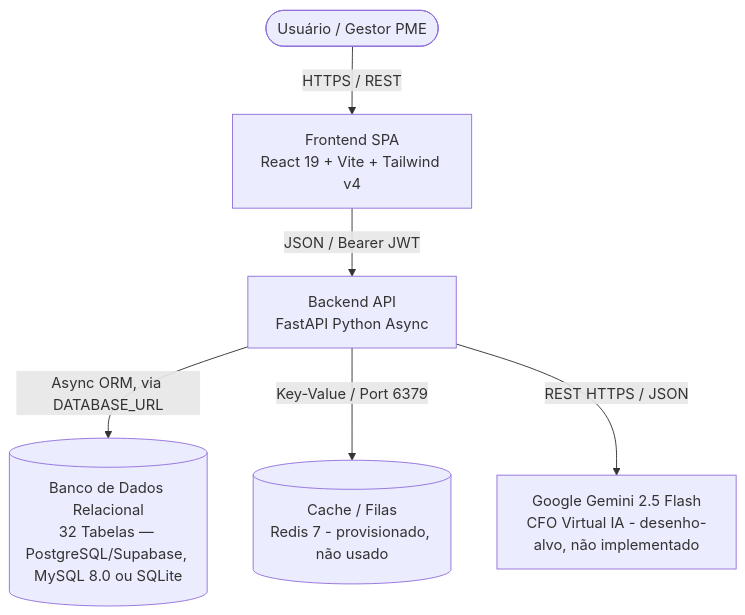
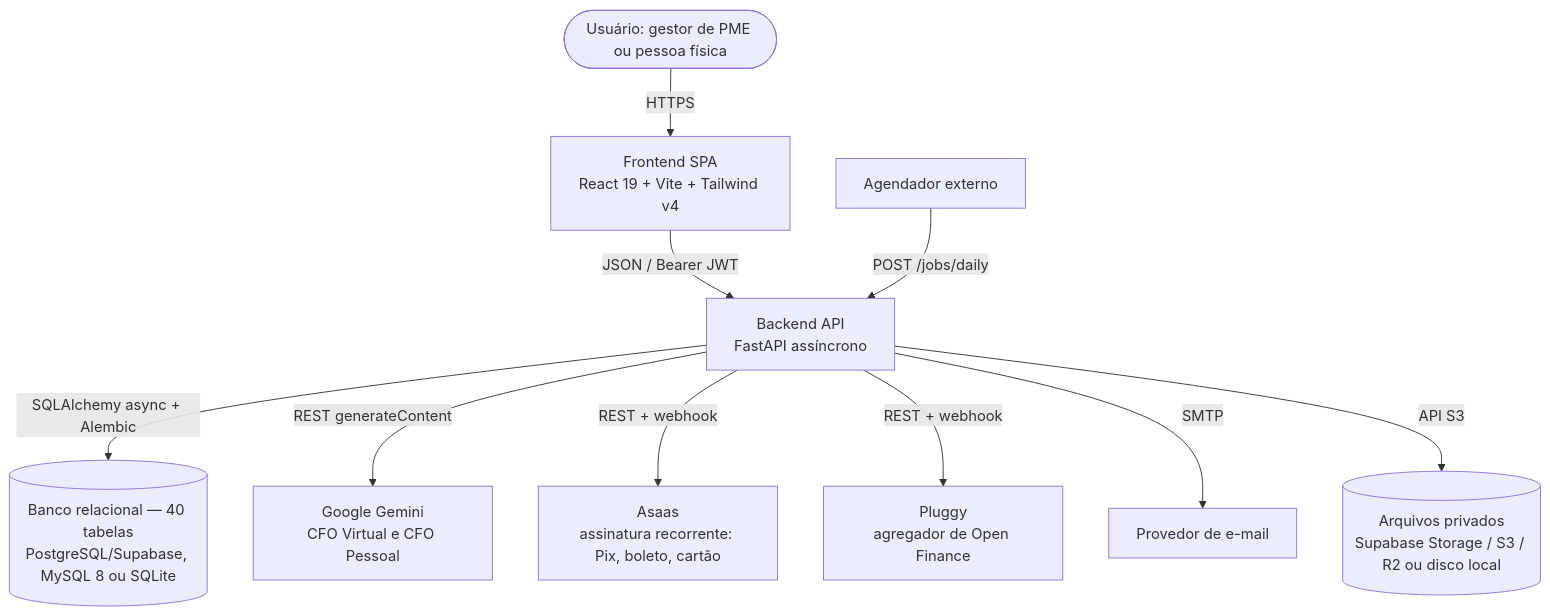
One commit to C-Bucher/Teste changed the first of 2 diagrams in docs/arquitetura.md. Above: the diagram before and after it, drawn with Mermaid. The commit also changed other lines of this file and 10 other files, not shown here.

````diff
--- a/docs/arquitetura.md
+++ b/docs/arquitetura.md
@@ -13,9 +13,13 @@
 ```mermaid
 graph TD
-    User([Usuário / Gestor PME]) -->|HTTPS / REST| Frontend[Frontend SPA\nReact 19 + Vite + Tailwind v4]
-    Frontend -->|JSON / Bearer JWT| Backend[Backend API\nFastAPI Python Async]
-    
-    Backend -->|Async ORM, via DATABASE_URL| DB[(Banco de Dados Relacional\n32 Tabelas — PostgreSQL/Supabase, MySQL 8.0 ou SQLite)]
-    Backend -->|Key-Value / Port 6379| Redis[(Cache / Filas\nRedis 7 - provisionado, não usado)]
-    Backend -->|REST HTTPS / JSON| GeminiAPI[Google Gemini 2.5 Flash\nCFO Virtual IA - desenho-alvo, não implementado]
+    User([Usuário: gestor de PME ou pessoa física]) -->|HTTPS| Frontend[Frontend SPA\nReact 19 + Vite + Tailwind v4]
+    Frontend -->|JSON / Bearer JWT| Backend[Backend API\nFastAPI assíncrono]
+
+    Backend -->|SQLAlchemy async + Alembic| DB[(Banco relacional — 40 tabelas\nPostgreSQL/Supabase, MySQL 8 ou SQLite)]
+    Backend -->|REST generateContent| Gemini[Google Gemini\nCFO Virtual e CFO Pessoal]
+    Backend -->|REST + webhook| Asaas[Asaas\nassinatura recorrente: Pix, boleto, cartão]
+    Backend -->|REST + webhook| Pluggy[Pluggy\nagregador de Open Finance]
+    Backend -->|SMTP| Mail[Provedor de e-mail]
+    Backend -->|API S3| Storage[(Arquivos privados\nSupabase Storage / S3 / R2 ou disco local)]
+    Scheduler[Agendador externo] -->|POST /jobs/daily| Backend
 ```
````
